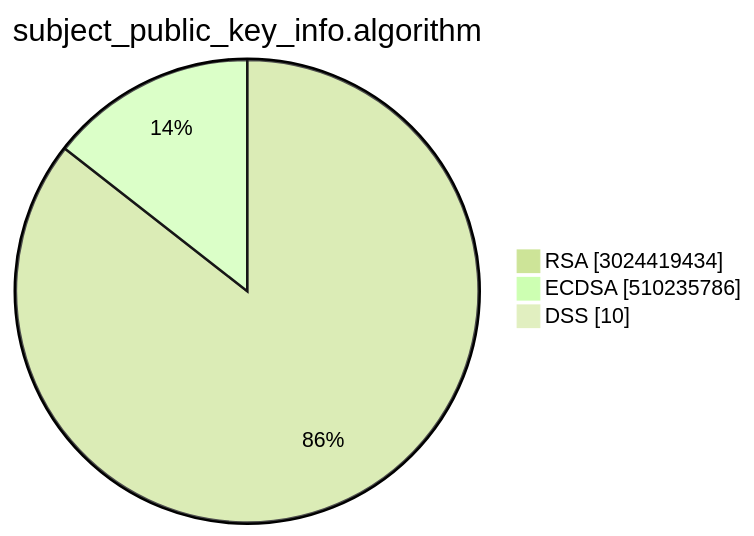
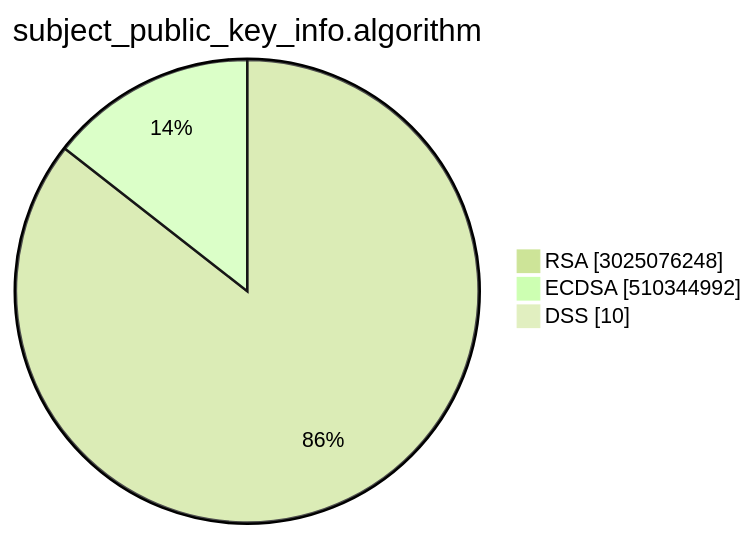
The second of 15 diagrams in TOTAL/README.md (christiankrug/ctmonitor_visualization), drawn with Mermaid (forest theme) before and after one commit. The commit also changed other lines of this file, not shown here.

````diff
--- a/TOTAL/README.md
+++ b/TOTAL/README.md
@@ -6,7 +6,7 @@
 ```mermaid
 pie showData
 title subject_public_key_info.algorithm
-"RSA" :3024419434
-"ECDSA" :510235786
+"RSA" :3025076248
+"ECDSA" :510344992
 "DSS" :10
 ```
````
